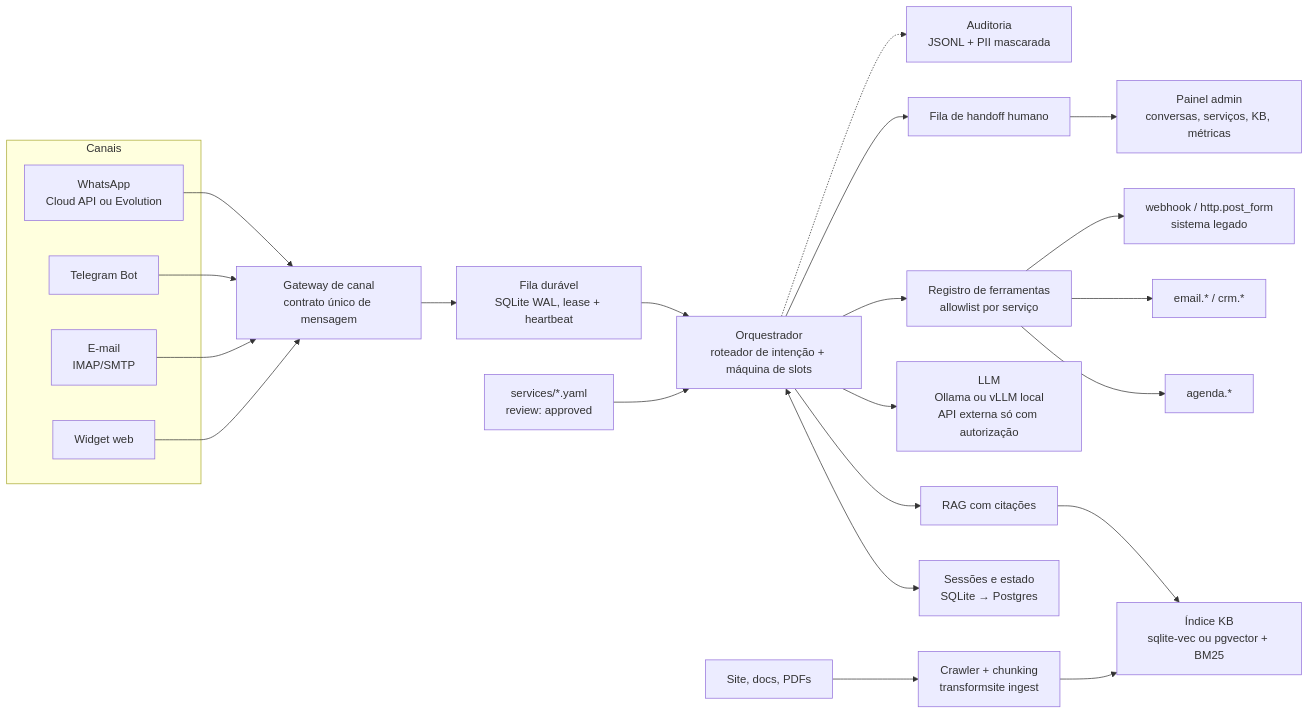
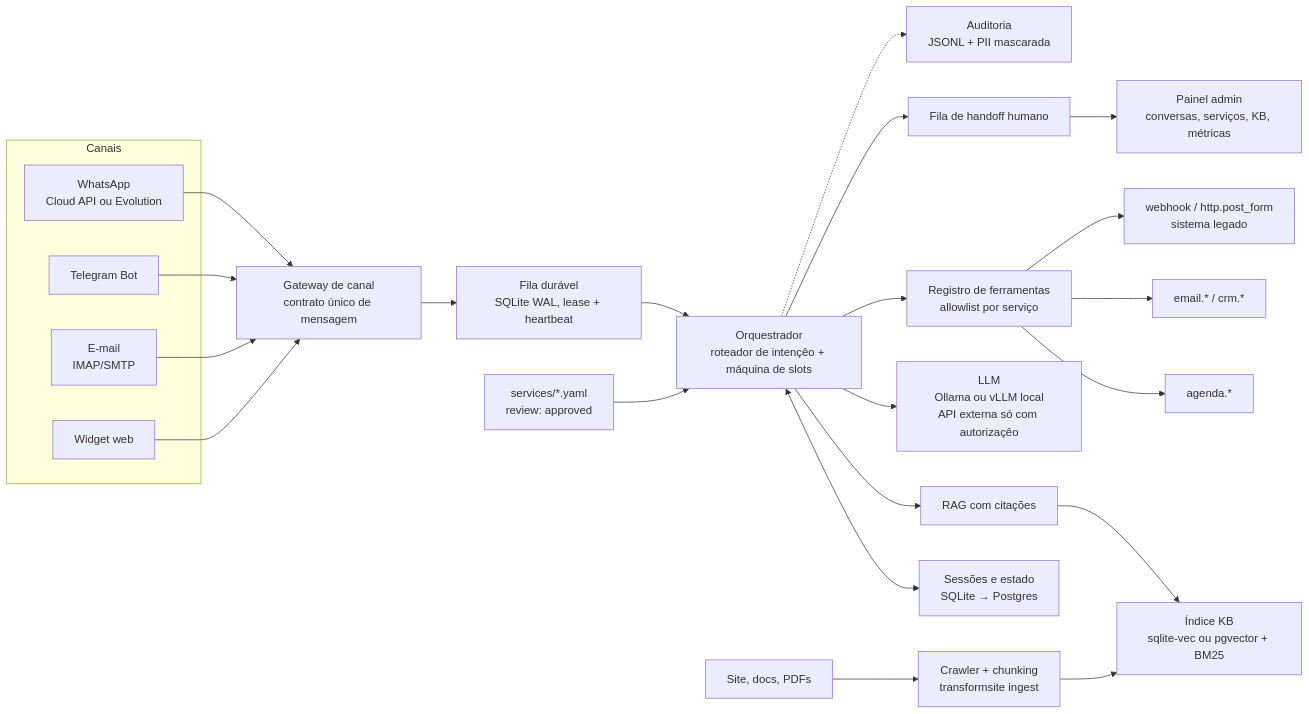
The diagram in PLANO.md (linnoff88-dev/arckhe-transformsite), drawn with Mermaid before and after one commit. The commit also changed other lines of this file and 72 other files, not shown here.

````diff
--- a/PLANO.md
+++ b/PLANO.md
@@ -208,29 +208,29 @@
 ```mermaid
 flowchart LR
   subgraph Canais
     WA["WhatsApp<br/>Cloud API ou Evolution"]
     TG["Telegram Bot"]
     EM["E-mail<br/>IMAP/SMTP"]
     WEB["Widget web"]
   end
   WA --> GW
   TG --> GW
   EM --> GW
   WEB --> GW
   GW["Gateway de canal<br/>contrato único de mensagem"] --> Q["Fila durável<br/>SQLite WAL, lease + heartbeat"]
-  Q --> ORQ["Orquestrador<br/>roteador de intenção + máquina de slots"]
+  Q --> ORQ["Orquestrador<br/>roteador de intençêo + máquina de slots"]
   ORQ <--> SES["Sessões e estado<br/>SQLite → Postgres"]
   ORQ --> RAG["RAG com citações"]
   RAG --> KB["Índice KB<br/>sqlite-vec ou pgvector + BM25"]
   SITE["Site, docs, PDFs"] --> CR["Crawler + chunking<br/>transformsite ingest"]
   CR --> KB
-  ORQ --> LLM["LLM<br/>Ollama ou vLLM local<br/>API externa só com autorização"]
+  ORQ --> LLM["LLM<br/>Ollama ou vLLM local<br/>API externa só com autorizaçêo"]
   SVC["services/*.yaml<br/>review: approved"] --> ORQ
   ORQ --> TR["Registro de ferramentas<br/>allowlist por serviço"]
   TR --> T1["agenda.*"]
   TR --> T2["email.* / crm.*"]
   TR --> T3["webhook / http.post_form<br/>sistema legado"]
   ORQ --> HO["Fila de handoff humano"]
   HO --> ADM["Painel admin<br/>conversas, serviços, KB, métricas"]
   ORQ -.-> LOG["Auditoria<br/>JSONL + PII mascarada"]
 ```
````
